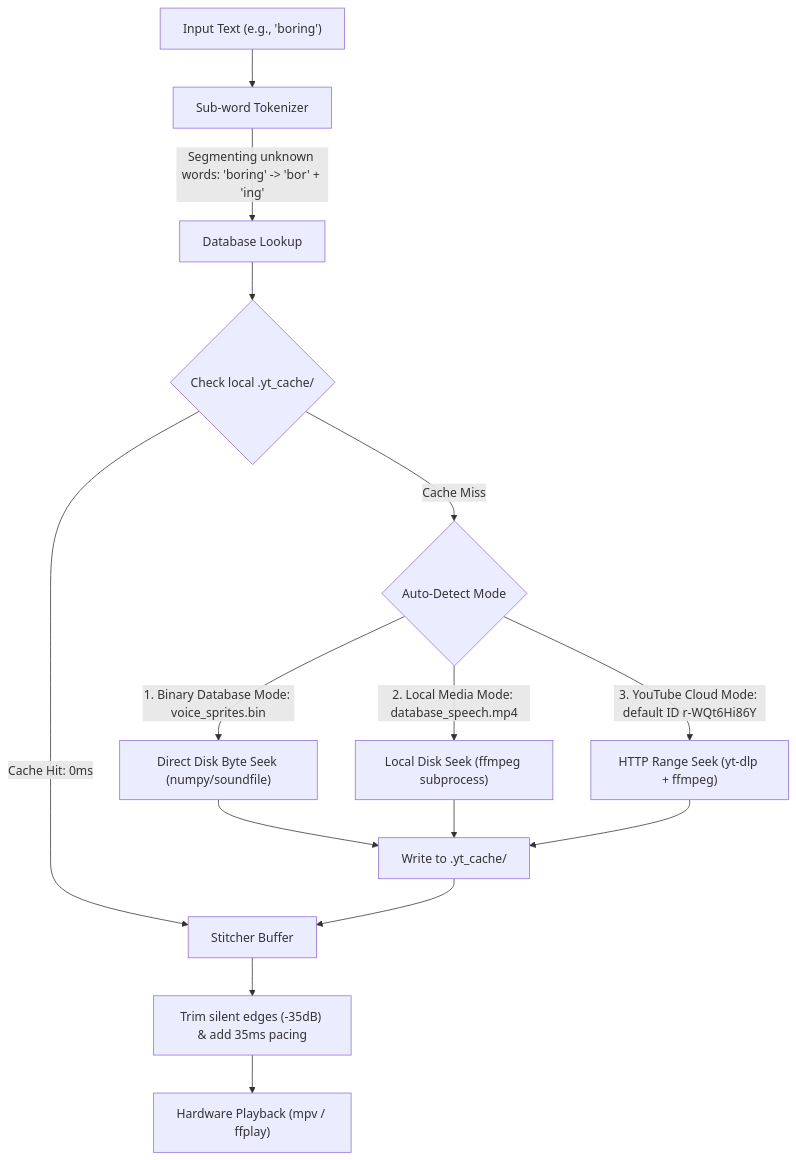
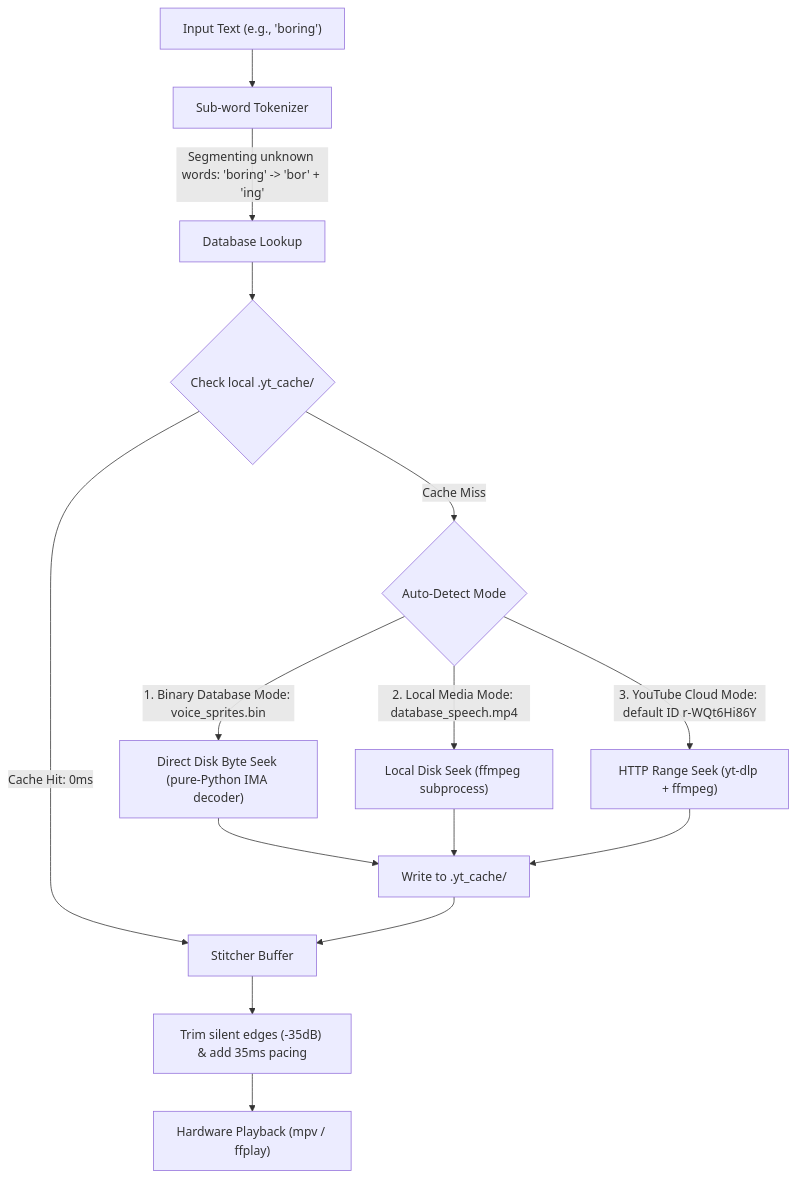
The diagram in README.md (acadiemedia/ytvoice), drawn with Mermaid before and after one commit. The commit also changed other lines of this file and 1 other file, not shown here.

Commit message:
Clean up dead numpy/soundfile import guard; update docs for pure-Python binary decode

````diff
--- a/README.md
+++ b/README.md
@@ -17,21 +17,21 @@
 ```mermaid
 graph TD
     Text["Input Text (e.g., 'boring')"] --> Tokenizer["Sub-word Tokenizer"]
     Tokenizer -->|"Segmenting unknown words: 'boring' -> 'bor' + 'ing'"| Lookup["Database Lookup"]
     Lookup --> CacheCheck{"Check local .yt_cache/"}
     
     CacheCheck -->|Cache Hit: 0ms| Stitcher["Stitcher Buffer"]
     CacheCheck -->|Cache Miss| ModeDetect{"Auto-Detect Mode"}
     
-    ModeDetect -->|1. Binary Database Mode: voice_sprites.bin| DiskSeek["Direct Disk Byte Seek (numpy/soundfile)"]
+    ModeDetect -->|1. Binary Database Mode: voice_sprites.bin| DiskSeek["Direct Disk Byte Seek (pure-Python IMA decoder)"]
     ModeDetect -->|2. Local Media Mode: database_speech.mp4| LocalFFmpeg["Local Disk Seek (ffmpeg subprocess)"]
     ModeDetect -->|3. YouTube Cloud Mode: default ID r-WQt6Hi86Y| RemoteFFmpeg["HTTP Range Seek (yt-dlp + ffmpeg)"]
     
     DiskSeek --> WriteCache["Write to .yt_cache/"]
     LocalFFmpeg --> WriteCache
     RemoteFFmpeg --> WriteCache
     
     WriteCache --> Stitcher
     Stitcher --> Cleanup["Trim silent edges (-35dB) & add 35ms pacing"]
     Cleanup --> Playback["Hardware Playback (mpv / ffplay)"]
 ```
````
